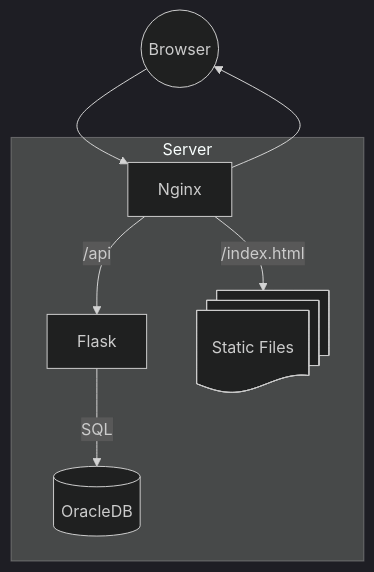
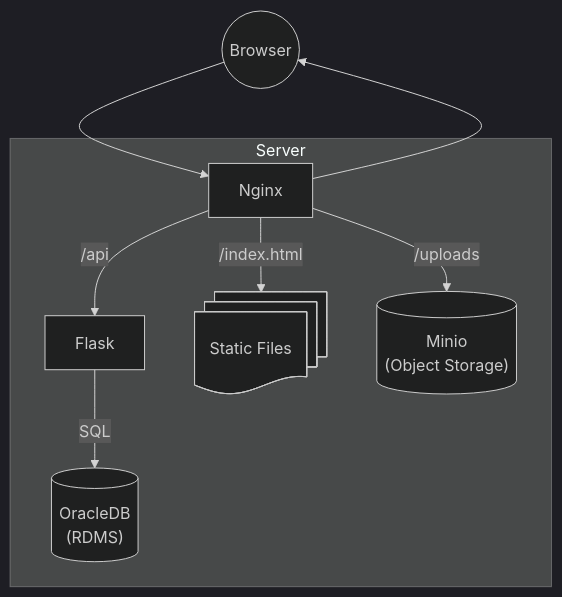
The diagram in docs/infra_design.md (jdolak/sidequest), drawn with Mermaid (dark theme) before and after one commit. The commit also changed 6 other files, not shown here.

Commit message:
added object storage

````diff
--- a/docs/infra_design.md
+++ b/docs/infra_design.md
@@ -3,19 +3,19 @@
 ```mermaid
 graph TD;
 
 		Browser((Browser))
     subgraph Server
         Nginx
 				Flask
-				Database@{ shape: cyl, label: "OracleDB" }
+				db@{ shape: cyl, label: "OracleDB\n(RDMS)" }
 				static@{ shape: docs, label: "Static Files" }
+        obj@{ shape: cyl, label: "Minio\n(Object Storage)" }
     end
 
     Browser --> Nginx
     Nginx --> Browser
     Nginx -->|/api| Flask
-    Flask -->|SQL| Database
+    Flask -->|SQL| db
     Nginx -->|/index.html| static
-
-
+    Nginx -->|/uploads| obj
 ```
````
